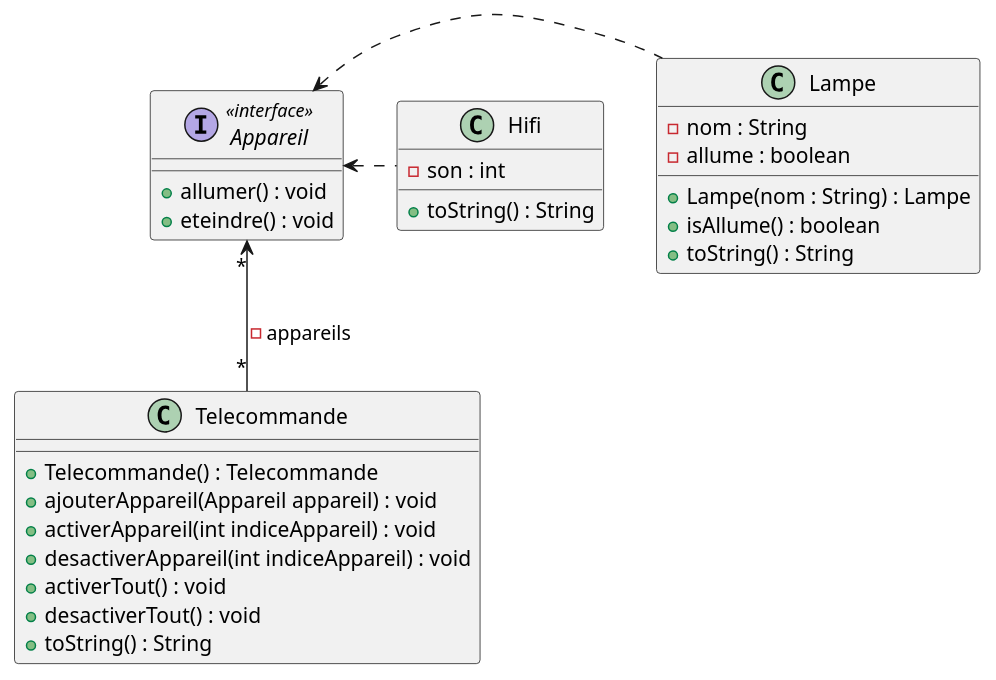
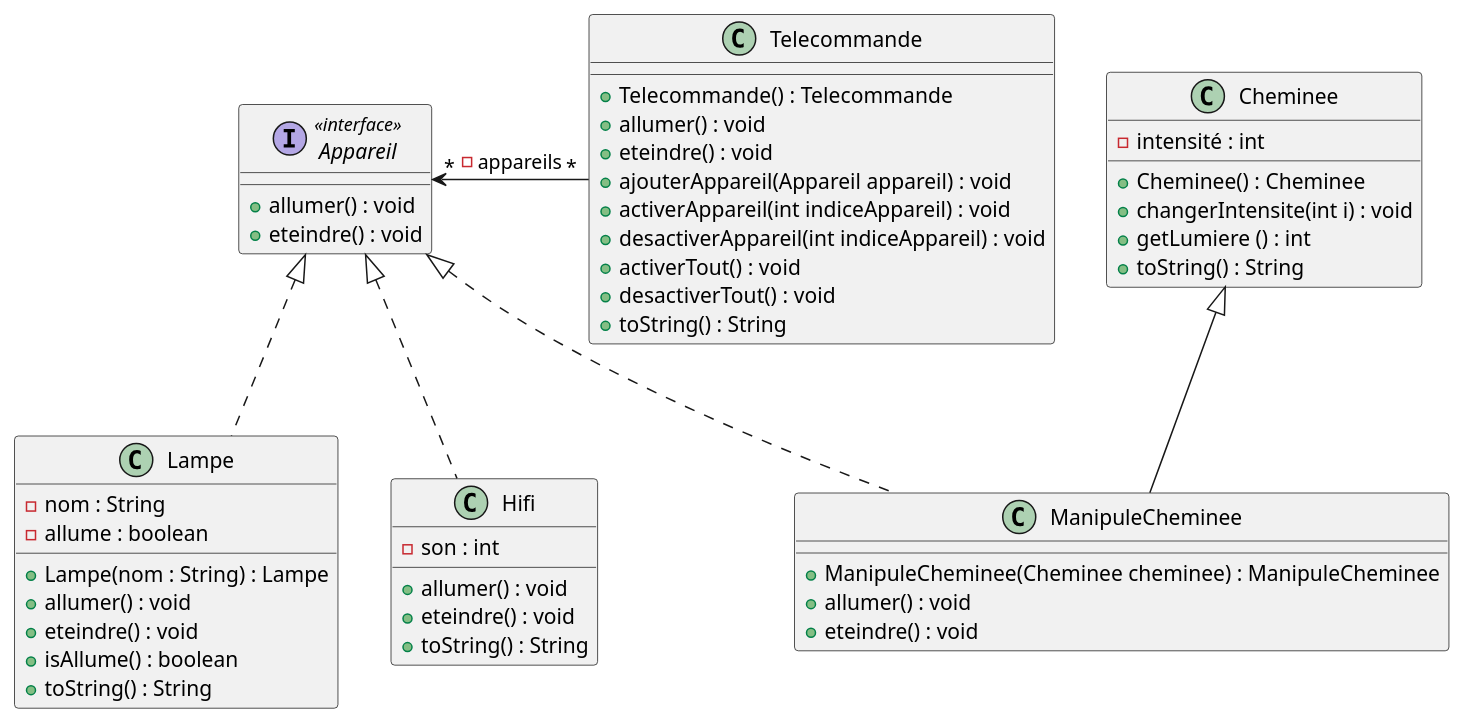
One commit to Zhi-Sheng-Trieu/2022_coo_domotique_Noel_Trieu changed the diagram in schema.puml. Above: the diagram before and after it, drawn with PlantUML. The commit also changed 3 other files, not shown here.

```diff
--- a/schema.puml
+++ b/schema.puml
@@ -1,38 +1,62 @@
 @startuml
 
 interface Appareil <<interface>>{
     +allumer() : void
     +eteindre() : void
 }
 
 class Lampe{
     -nom : String
     -allume : boolean
     +Lampe(nom : String) : Lampe
+    +allumer() : void
+    +eteindre() : void
     +isAllume() : boolean
     +toString() : String
 }
 
 class Telecommande{
-
     +Telecommande() : Telecommande
+    +allumer() : void
+    +eteindre() : void
     +ajouterAppareil(Appareil appareil) : void
     +activerAppareil(int indiceAppareil) : void
     +desactiverAppareil(int indiceAppareil) : void
     +activerTout() : void
     +desactiverTout() : void
     +toString() : String
 }
 
 class Hifi{
     -son : int
+    +allumer() : void
+    +eteindre() : void
     +toString() : String
 }
 
+class Cheminee{
+    -intensité : int
+    +Cheminee() : Cheminee
+    +changerIntensite(int i) : void
+    +getLumiere () : int
+    +toString() : String
+}
 
-Appareil <. Lampe
-Appareil <. Hifi
+class ManipuleCheminee{
+    +ManipuleCheminee(Cheminee cheminee) : ManipuleCheminee
+    +allumer() : void
+    +eteindre() : void
+}
 
-Appareil "*" <-- "*" Telecommande : - appareils
+
+
+
+Appareil <|.. Lampe
+Appareil <|.. Hifi
+Appareil <|.. ManipuleCheminee
+Cheminee <|-- ManipuleCheminee
+
+
+Appareil "*" <- "*" Telecommande : - appareils
 
 @enduml
```
